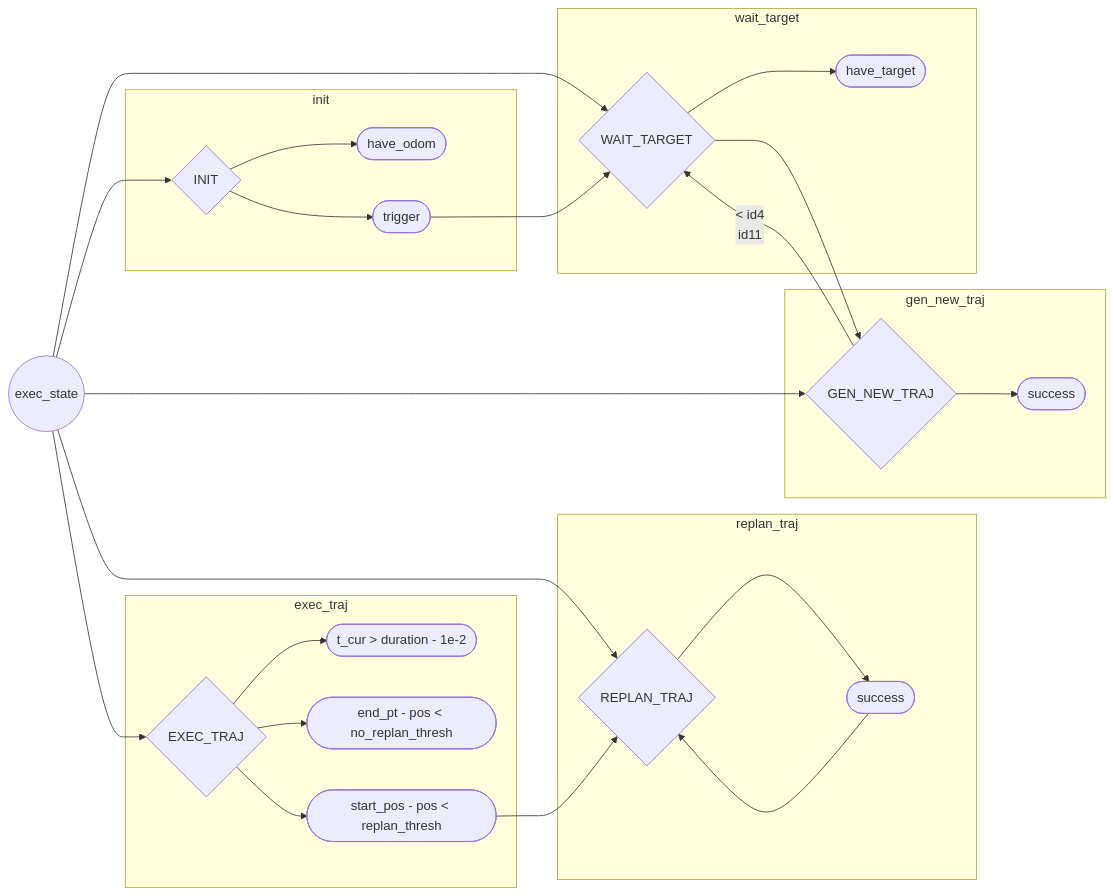
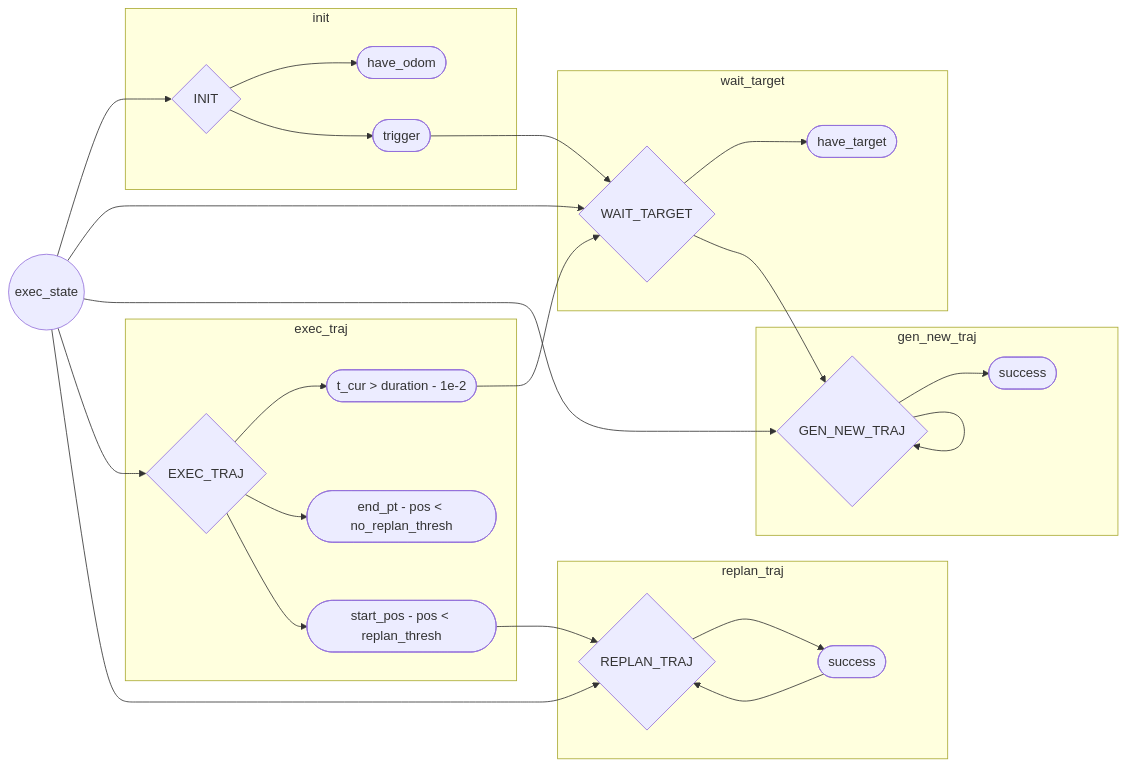
The first of 2 diagrams in sp_code/create_table.md (Dieptranivsr/drone_extend), drawn with Mermaid before and after one commit.

````diff
--- a/sp_code/create_table.md
+++ b/sp_code/create_table.md
@@ -1,32 +1,32 @@
 ```mermaid
 flowchart LR
     id1((exec_state)) --> id2{INIT}
     id1 --> id3{WAIT_TARGET}
     id1 --> id4{GEN_NEW_TRAJ}
     id1 --> id5{EXEC_TRAJ}
     id1 --> id6{REPLAN_TRAJ}
     subgraph replan_traj
         id6 --> id14([success])
     end
     subgraph exec_traj
         id5 --> id11([t_cur > duration - 1e-2])
         id5 --> id12([end_pt - pos < no_replan_thresh])
         id5 --> id13([start_pos - pos < replan_thresh])
     end
     subgraph gen_new_traj
         id4 --> id10([success])
     end
     subgraph wait_target
         id3 --> id9([have_target])
     end
     subgraph init
         id2 --> id7([have_odom])
         id2 --> id8([trigger])
     end
     id8 --> id3
     id3 --> id4
-    id4 --< id4
+    id4 --> id4
     id11 --> id3
     id13 --> id6
     id14 --> id6
 ```
````
